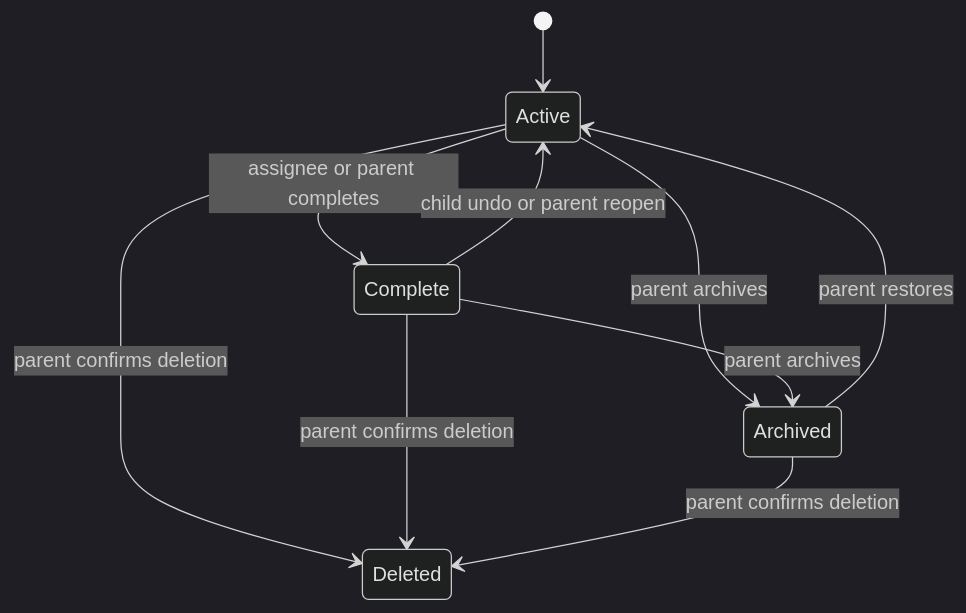
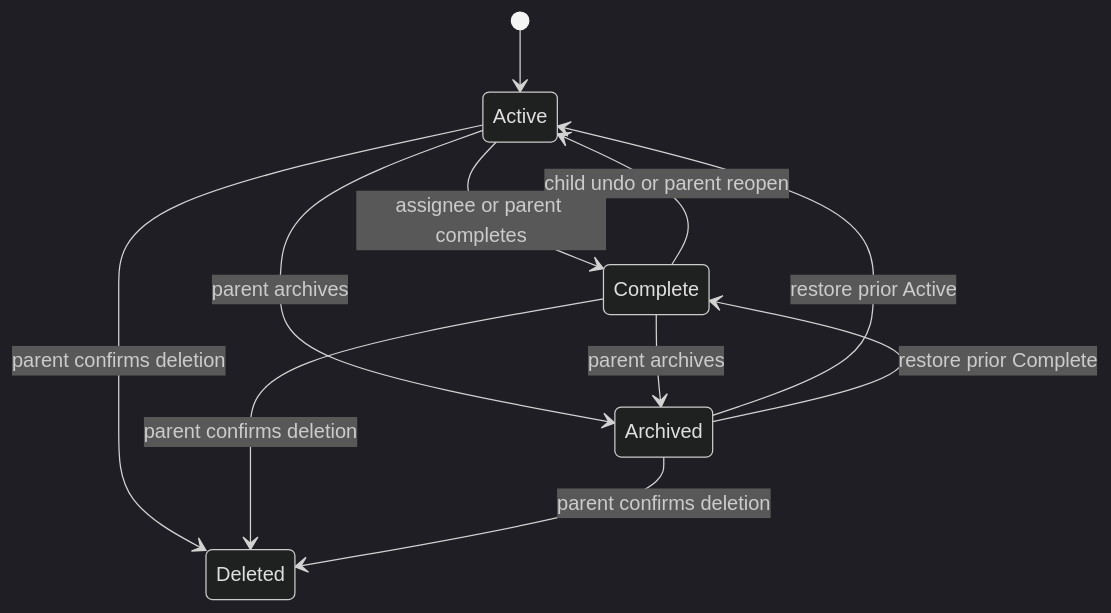
The diagram in openspec/changes/manage-todo-lifecycle-and-history/design.md (joew-ai/todone), drawn with Mermaid (dark theme) before and after one commit. The commit also changed other lines of this file and 44 other files, not shown here.

````diff
--- a/openspec/changes/manage-todo-lifecycle-and-history/design.md
+++ b/openspec/changes/manage-todo-lifecycle-and-history/design.md
@@ -13,12 +13,13 @@
 ```mermaid
 stateDiagram-v2
     [*] --> Active
     Active --> Complete: assignee or parent completes
     Complete --> Active: child undo or parent reopen
     Active --> Archived: parent archives
     Complete --> Archived: parent archives
-    Archived --> Active: parent restores
+    Archived --> Active: restore prior Active
+    Archived --> Complete: restore prior Complete
     Active --> Deleted: parent confirms deletion
     Complete --> Deleted: parent confirms deletion
     Archived --> Deleted: parent confirms deletion
 ```
````
